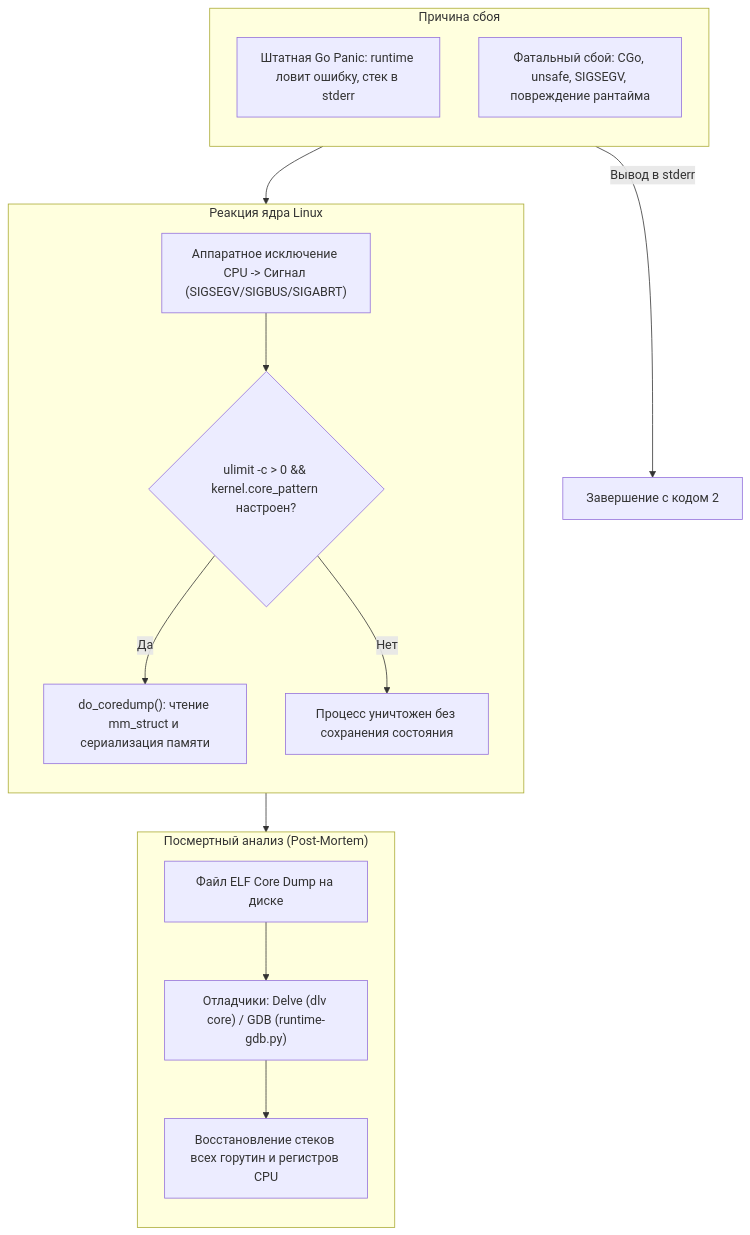
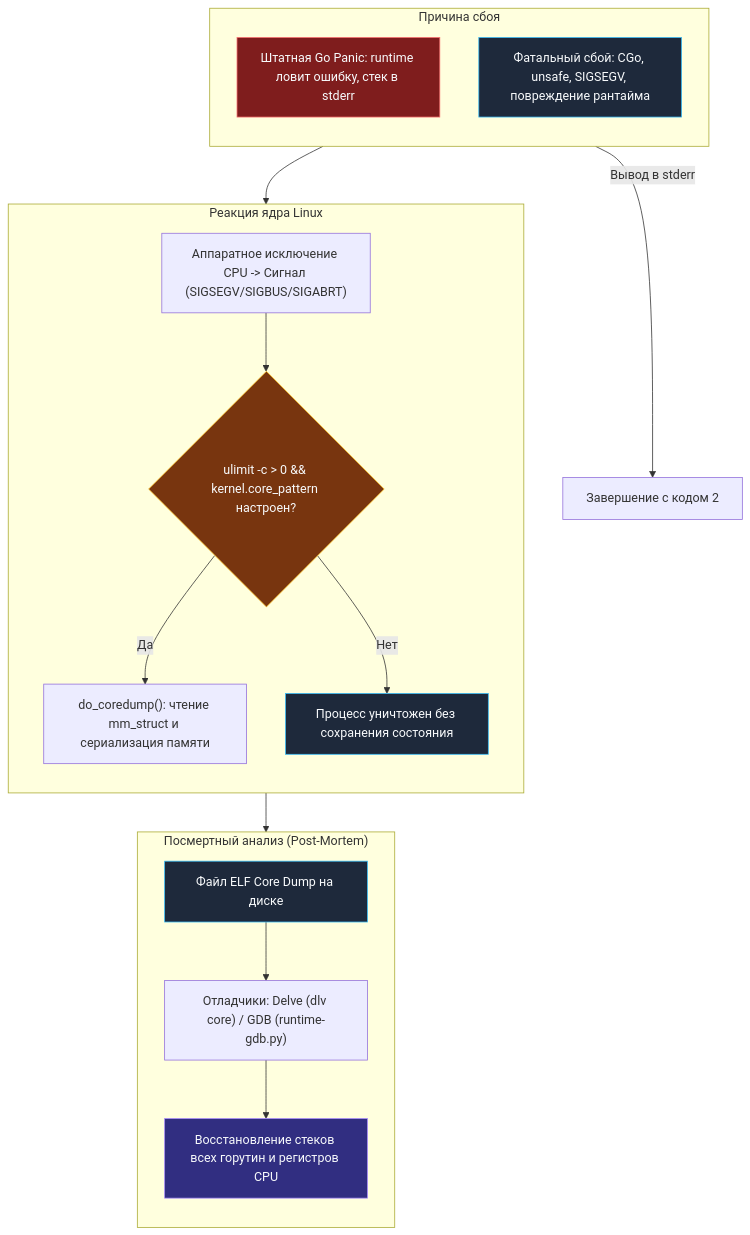
Before and after one commit to UnrealTemplier/go-textbook: the first of 4 diagrams in sources/2. Устройство и работа ОС/59. Crash Dump, Core Dump и анализ падений.md, drawn with Mermaid. The commit also changed other lines of this file and 1666 other files, not shown here.

First line of the commit message:
feat(mermaid): add semantic color classDef to 1369 colorless flowchart/graph diagrams

````diff
--- a/sources/2. Устройство и работа ОС/59. Crash Dump, Core Dump и анализ падений.md
+++ b/sources/2. Устройство и работа ОС/59. Crash Dump, Core Dump и анализ падений.md
@@ -15,32 +15,42 @@
 ```mermaid
 flowchart TD
+    classDef process  fill:#1e293b,stroke:#38bdf8,stroke-width:1px,color:#f8fafc
+    classDef success  fill:#064e3b,stroke:#34d399,stroke-width:1px,color:#f8fafc
+    classDef error    fill:#7f1d1d,stroke:#f87171,stroke-width:1px,color:#f8fafc
+    classDef warning  fill:#78350f,stroke:#fbbf24,stroke-width:1px,color:#f8fafc
+    classDef entry    fill:#1e3a5f,stroke:#38bdf8,stroke-width:2px,color:#f8fafc
+    classDef aux      fill:#334155,stroke:#64748b,stroke-width:1px,color:#f8fafc
+    classDef system   fill:#312e81,stroke:#a78bfa,stroke-width:1px,color:#f8fafc
+    classDef data     fill:#132d29,stroke:#2dd4bf,stroke-width:1px,color:#f8fafc
+    classDef network  fill:#881337,stroke:#fb7185,stroke-width:1px,color:#f8fafc
+    classDef accent   fill:#1e1b4b,stroke:#818cf8,stroke-width:1px,color:#f8fafc
     subgraph CrashScenario ["Причина сбоя"]
         direction TB
-        GoPanic["Штатная Go Panic: runtime ловит ошибку, стек в stderr"]
-        FatalCrash["Фатальный сбой: CGo, unsafe, SIGSEGV, повреждение рантайма"]
+        GoPanic["Штатная Go Panic: runtime ловит ошибку, стек в stderr"]:::error
+        FatalCrash["Фатальный сбой: CGo, unsafe, SIGSEGV, повреждение рантайма"]:::process
     end
 
     subgraph OSReaction ["Реакция ядра Linux"]
         direction TB
         TrapSignal["Аппаратное исключение CPU -> Сигнал (SIGSEGV/SIGBUS/SIGABRT)"]
-        KernelCoreCheck{"ulimit -c > 0 && kernel.core_pattern настроен?"}
+        KernelCoreCheck{"ulimit -c > 0 && kernel.core_pattern настроен?"}:::warning
         DoCoredump["do_coredump(): чтение mm_struct и сериализация памяти"]
-        NoDump["Процесс уничтожен без сохранения состояния"]
+        NoDump["Процесс уничтожен без сохранения состояния"]:::process
     end
 
     subgraph Diagnostics ["Посмертный анализ (Post-Mortem)"]
         direction TB
-        ElfCore["Файл ELF Core Dump на диске"]
+        ElfCore["Файл ELF Core Dump на диске"]:::process
         DelveGDB["Отладчики: Delve (dlv core) / GDB (runtime-gdb.py)"]
-        RootCause["Восстановление стеков всех горутин и регистров CPU"]
+        RootCause["Восстановление стеков всех горутин и регистров CPU"]:::system
     end
 
     GoPanic -->|Вывод в stderr| ExitCode["Завершение с кодом 2"]
     FatalCrash --> TrapSignal
     TrapSignal --> KernelCoreCheck
     KernelCoreCheck -->|Да| DoCoredump
     KernelCoreCheck -->|Нет| NoDump
     DoCoredump --> ElfCore
     ElfCore --> DelveGDB
     DelveGDB --> RootCause
 ```
````
